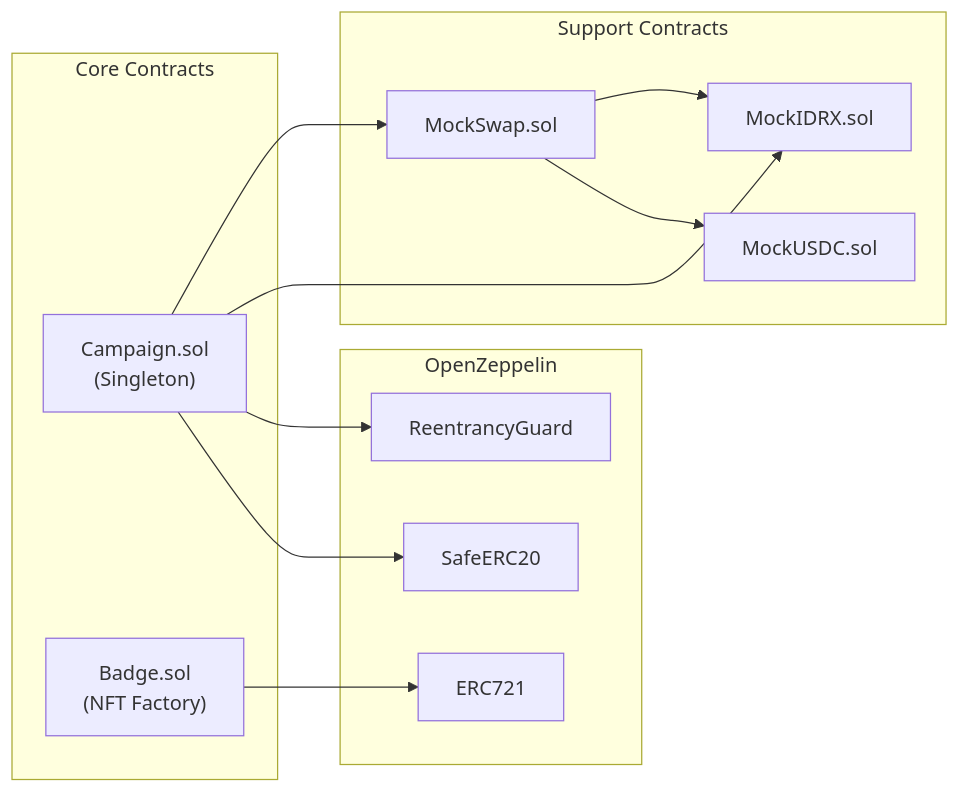
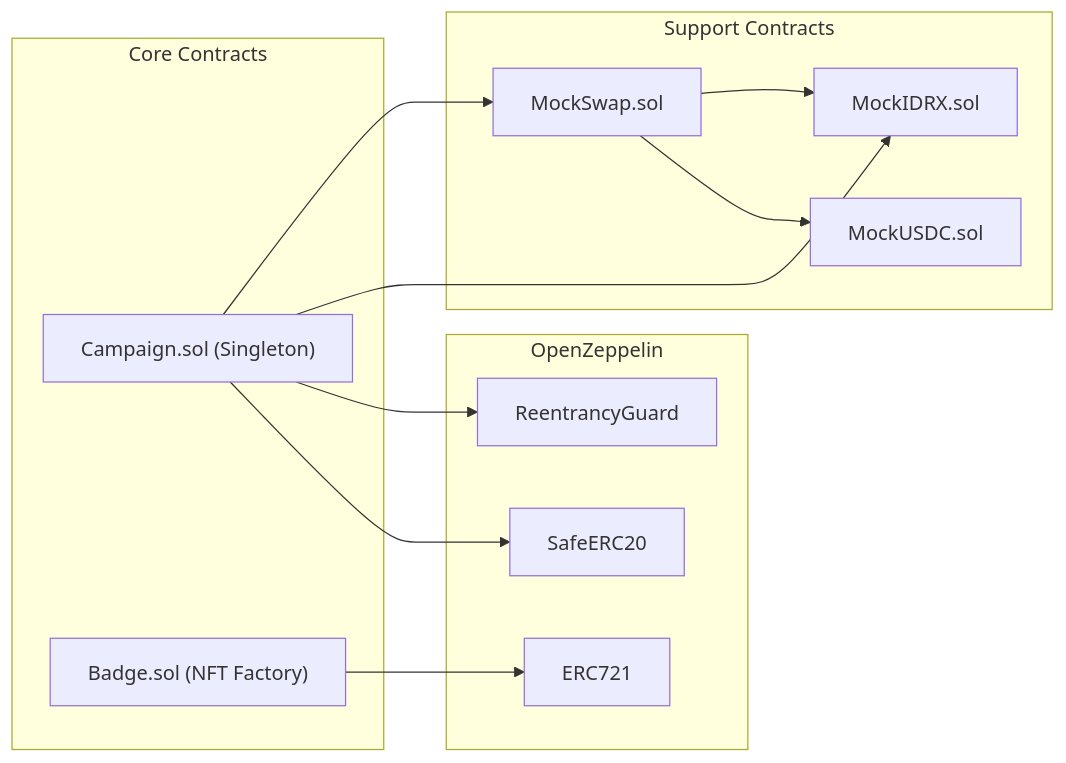
Before and after one commit to CrowdFUNding-Base/SC: the fourth of 8 diagrams in pitching/architecture/system-architecture.md, drawn with Mermaid. The commit also changed 1 other file, not shown here.

Commit message:
fix(docs): remove \n

````diff
--- a/pitching/architecture/system-architecture.md
+++ b/pitching/architecture/system-architecture.md
@@ -157,27 +157,27 @@
 ```mermaid
 flowchart LR
     subgraph Core["Core Contracts"]
-        Campaign["Campaign.sol\n(Singleton)"]
-        Badge["Badge.sol\n(NFT Factory)"]
+        Campaign["Campaign.sol (Singleton)"]
+        Badge["Badge.sol (NFT Factory)"]
     end
 
     subgraph Support["Support Contracts"]
         MockSwap["MockSwap.sol"]
         IDRX["MockIDRX.sol"]
         USDC["MockUSDC.sol"]
     end
 
     subgraph Libraries["OpenZeppelin"]
         ReentrancyGuard["ReentrancyGuard"]
         SafeERC20["SafeERC20"]
         ERC721["ERC721"]
     end
 
     Campaign --> MockSwap
     Campaign --> IDRX
     MockSwap --> IDRX
     MockSwap --> USDC
     Campaign --> ReentrancyGuard
     Campaign --> SafeERC20
     Badge --> ERC721
 ```
````
